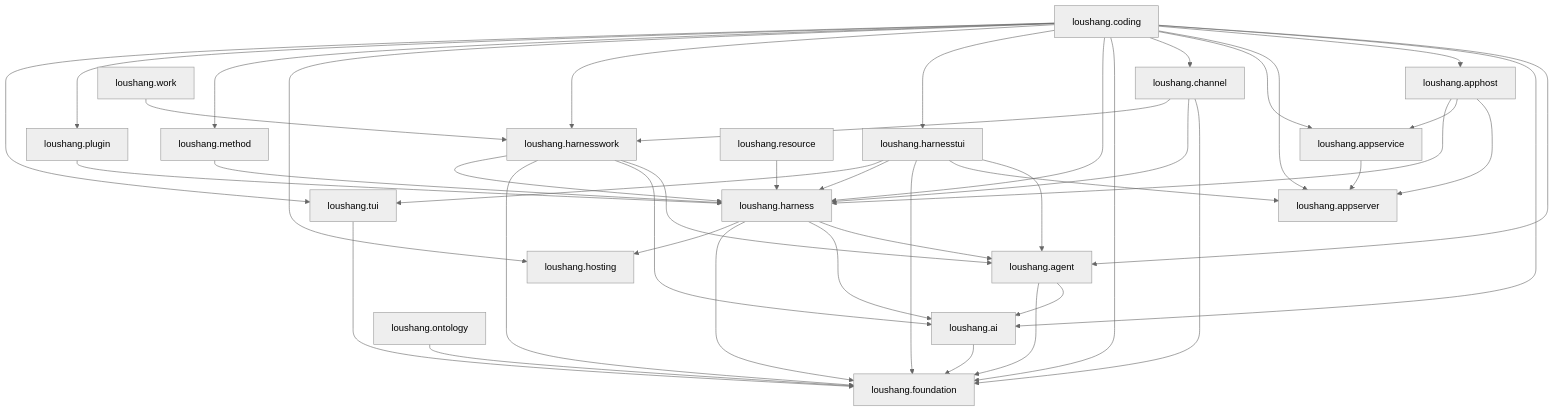
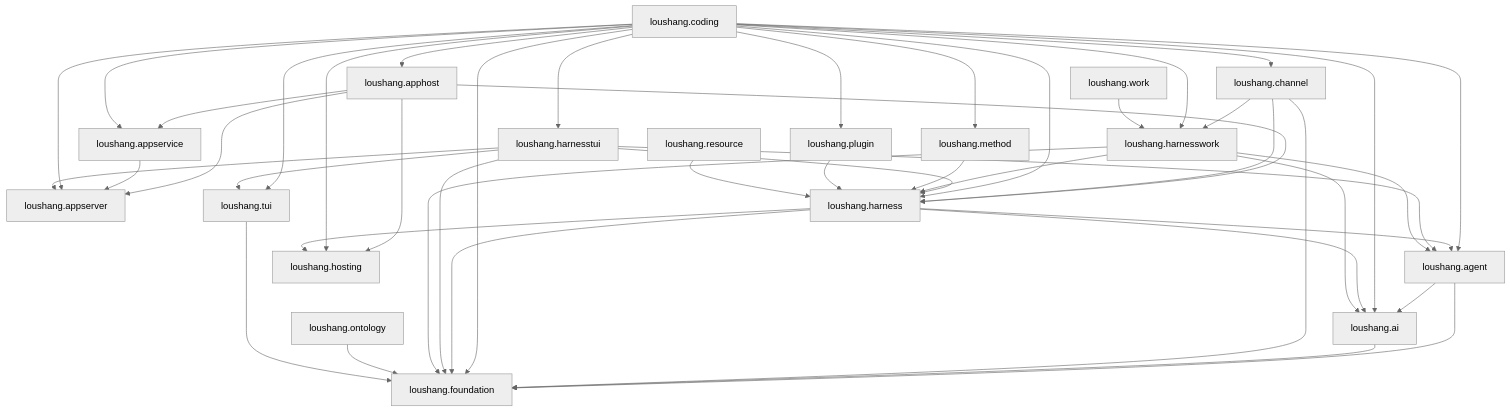
One commit to zhnt/loushang changed the diagram in docs/internals/architecture/generated/current-package-dependencies.md. Above: the diagram before and after it, drawn with Mermaid (neutral theme). The commit also changed other lines of this file and 12 other files, not shown here.

````diff
--- a/docs/internals/architecture/generated/current-package-dependencies.md
+++ b/docs/internals/architecture/generated/current-package-dependencies.md
@@ -27,65 +27,66 @@
 ```mermaid
 graph TD
     PKG_AGENT["loushang.agent"]
     PKG_AI["loushang.ai"]
     PKG_APPHOST["loushang.apphost"]
     PKG_APPSERVER["loushang.appserver"]
     PKG_APPSERVICE["loushang.appservice"]
     PKG_CHANNEL["loushang.channel"]
     PKG_CODING["loushang.coding"]
     PKG_FOUNDATION["loushang.foundation"]
     PKG_HARNESS["loushang.harness"]
     PKG_HARNESSTUI["loushang.harnesstui"]
     PKG_HARNESSWORK["loushang.harnesswork"]
     PKG_HOSTING["loushang.hosting"]
     PKG_METHOD["loushang.method"]
     PKG_ONTOLOGY["loushang.ontology"]
     PKG_PLUGIN["loushang.plugin"]
     PKG_RESOURCE["loushang.resource"]
     PKG_TUI["loushang.tui"]
     PKG_WORK["loushang.work"]
 
     PKG_AGENT --> PKG_AI
     PKG_AGENT --> PKG_FOUNDATION
     PKG_AI --> PKG_FOUNDATION
     PKG_APPHOST --> PKG_APPSERVER
     PKG_APPHOST --> PKG_APPSERVICE
     PKG_APPHOST --> PKG_HARNESS
+    PKG_APPHOST --> PKG_HOSTING
     PKG_APPSERVICE --> PKG_APPSERVER
     PKG_CHANNEL --> PKG_FOUNDATION
     PKG_CHANNEL --> PKG_HARNESS
     PKG_CHANNEL --> PKG_HARNESSWORK
     PKG_CODING --> PKG_AGENT
     PKG_CODING --> PKG_AI
     PKG_CODING --> PKG_APPHOST
     PKG_CODING --> PKG_APPSERVER
     PKG_CODING --> PKG_APPSERVICE
     PKG_CODING --> PKG_CHANNEL
     PKG_CODING --> PKG_FOUNDATION
     PKG_CODING --> PKG_HARNESS
     PKG_CODING --> PKG_HARNESSTUI
     PKG_CODING --> PKG_HARNESSWORK
     PKG_CODING --> PKG_HOSTING
     PKG_CODING --> PKG_METHOD
     PKG_CODING --> PKG_PLUGIN
     PKG_CODING --> PKG_TUI
     PKG_HARNESS --> PKG_AGENT
     PKG_HARNESS --> PKG_AI
     PKG_HARNESS --> PKG_FOUNDATION
     PKG_HARNESS --> PKG_HOSTING
     PKG_HARNESSTUI --> PKG_AGENT
     PKG_HARNESSTUI --> PKG_APPSERVER
     PKG_HARNESSTUI --> PKG_FOUNDATION
     PKG_HARNESSTUI --> PKG_HARNESS
     PKG_HARNESSTUI --> PKG_TUI
     PKG_HARNESSWORK --> PKG_AGENT
     PKG_HARNESSWORK --> PKG_AI
     PKG_HARNESSWORK --> PKG_FOUNDATION
     PKG_HARNESSWORK --> PKG_HARNESS
     PKG_METHOD --> PKG_HARNESS
     PKG_ONTOLOGY --> PKG_FOUNDATION
     PKG_PLUGIN --> PKG_HARNESS
     PKG_RESOURCE --> PKG_HARNESS
     PKG_TUI --> PKG_FOUNDATION
     PKG_WORK --> PKG_HARNESSWORK
 ```
````
